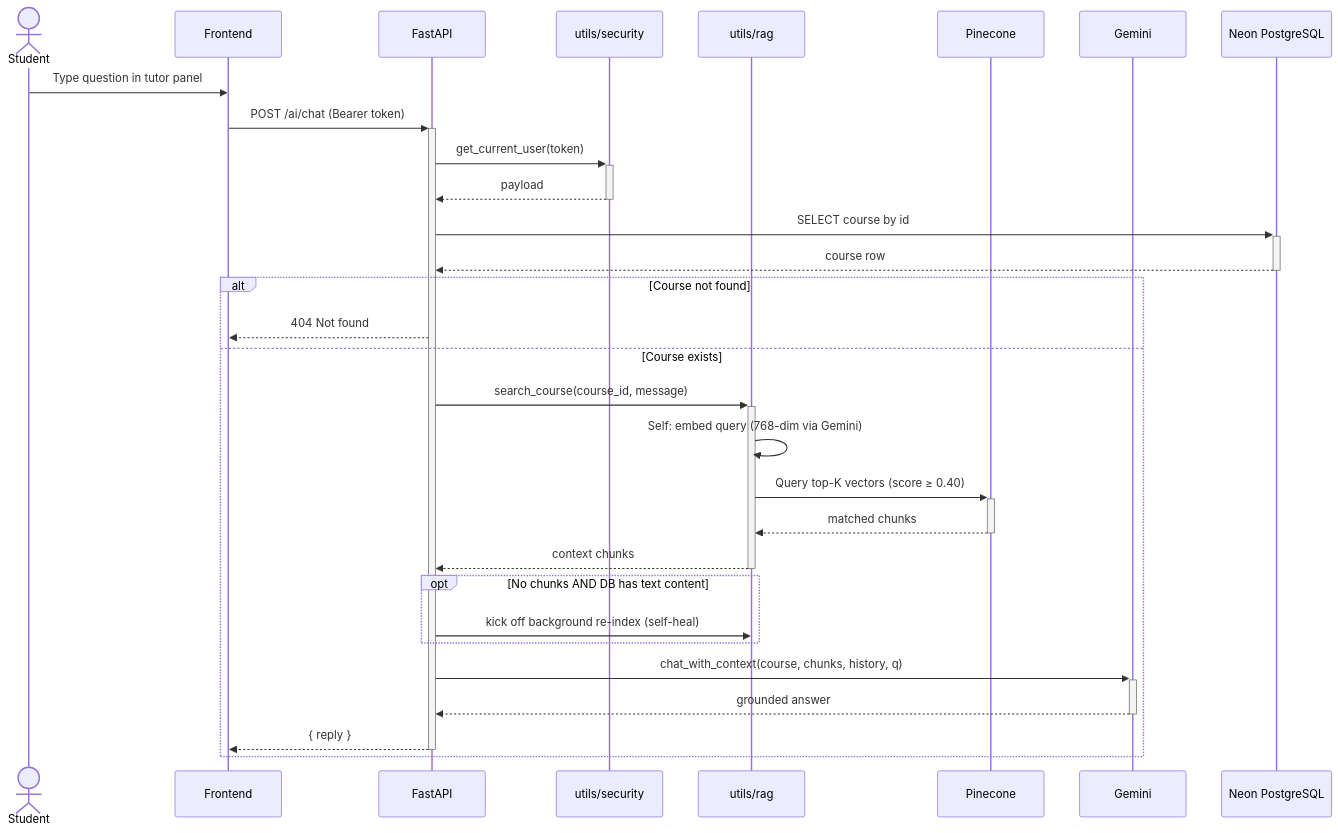
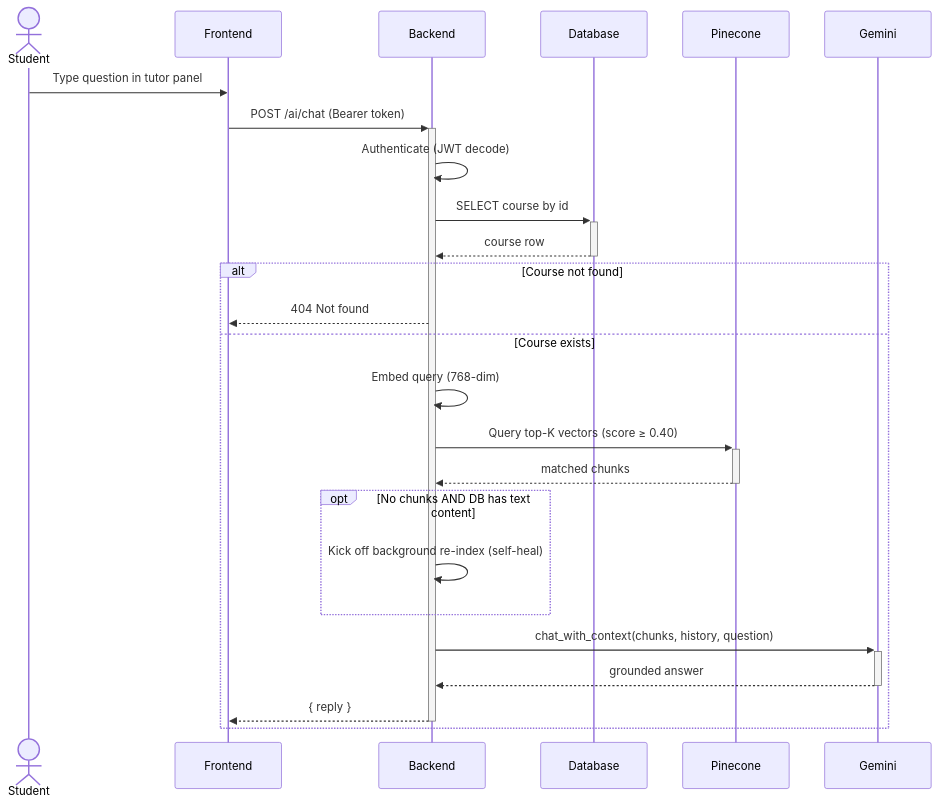
Before and after one commit to yazidha09/Hub4Learners: the fourth of 5 diagrams in docs/sprints/SPRINT_3.md, drawn with Mermaid. The commit also changed other lines of this file and 5 other files, not shown here.

````diff
--- a/docs/sprints/SPRINT_3.md
+++ b/docs/sprints/SPRINT_3.md
@@ -124,33 +124,28 @@
 ```mermaid
 sequenceDiagram
     actor Student
     participant Frontend
-    participant API as FastAPI
-    participant Sec as utils/security
-    participant RAG as utils/rag
+    participant Backend
+    participant DB as Database
     participant Pinecone
     participant Gemini
-    participant DB as Neon PostgreSQL
 
     Student->>Frontend: Type question in tutor panel
-    Frontend->>+API: POST /ai/chat (Bearer token)
-    API->>+Sec: get_current_user(token)
-    Sec-->>-API: payload
-    API->>+DB: SELECT course by id
-    DB-->>-API: course row
+    Frontend->>+Backend: POST /ai/chat (Bearer token)
+    Backend->>Backend: Authenticate (JWT decode)
+    Backend->>+DB: SELECT course by id
+    DB-->>-Backend: course row
     alt Course not found
-        API-->>Frontend: 404 Not found
+        Backend-->>Frontend: 404 Not found
     else Course exists
-        API->>+RAG: search_course(course_id, message)
-        RAG->>RAG: Self: embed query (768-dim via Gemini)
-        RAG->>+Pinecone: Query top-K vectors (score ≥ 0.40)
-        Pinecone-->>-RAG: matched chunks
-        RAG-->>-API: context chunks
+        Backend->>Backend: Embed query (768-dim)
+        Backend->>+Pinecone: Query top-K vectors (score ≥ 0.40)
+        Pinecone-->>-Backend: matched chunks
         opt No chunks AND DB has text content
-            API->>RAG: kick off background re-index (self-heal)
+            Backend->>Backend: Kick off background re-index (self-heal)
         end
-        API->>+Gemini: chat_with_context(course, chunks, history, q)
-        Gemini-->>-API: grounded answer
-        API-->>-Frontend: { reply }
+        Backend->>+Gemini: chat_with_context(chunks, history, question)
+        Gemini-->>-Backend: grounded answer
+        Backend-->>-Frontend: { reply }
     end
 ```
````
